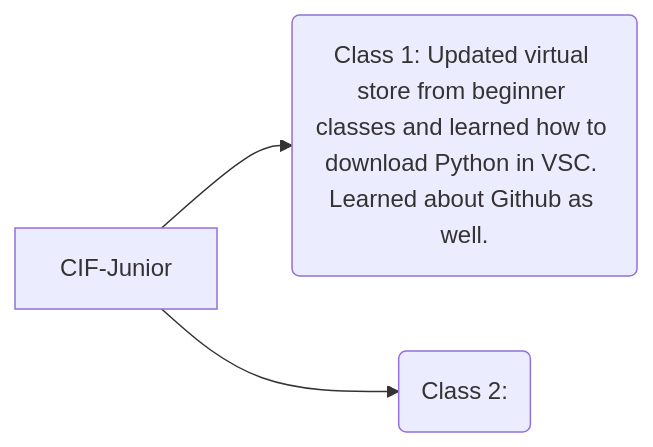
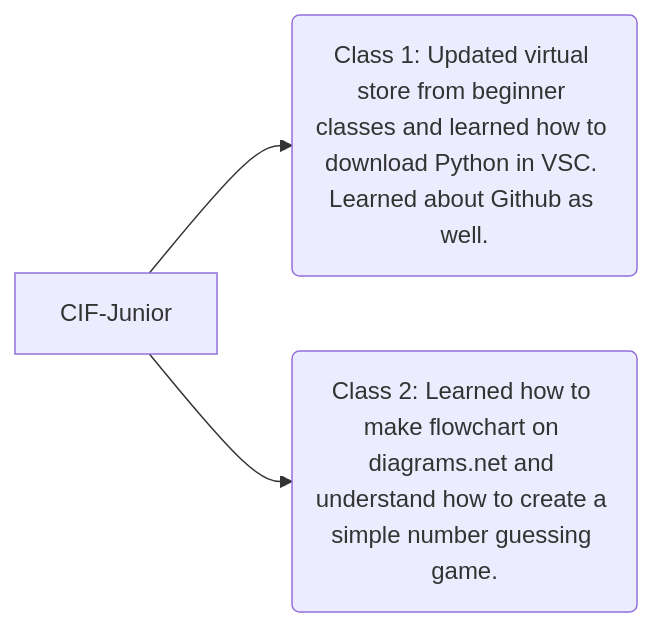
One commit to deoclabber/CIF-Junior changed the diagram in README.md. Above: the diagram before and after it, drawn with Mermaid.

````diff
--- a/README.md
+++ b/README.md
@@ -9,5 +9,6 @@
 ```mermaid
 graph LR;
   A[CIF-Junior] --> B(Class 1: Updated virtual store from beginner classes and learned how to download Python in VSC. Learned about Github as well.);
-  A --> C(Class 2:);
+  A --> C(Class 2: Learned how to make flowchart on diagrams.net and understand how to create a simple number guessing game.);
+
 ```
````
